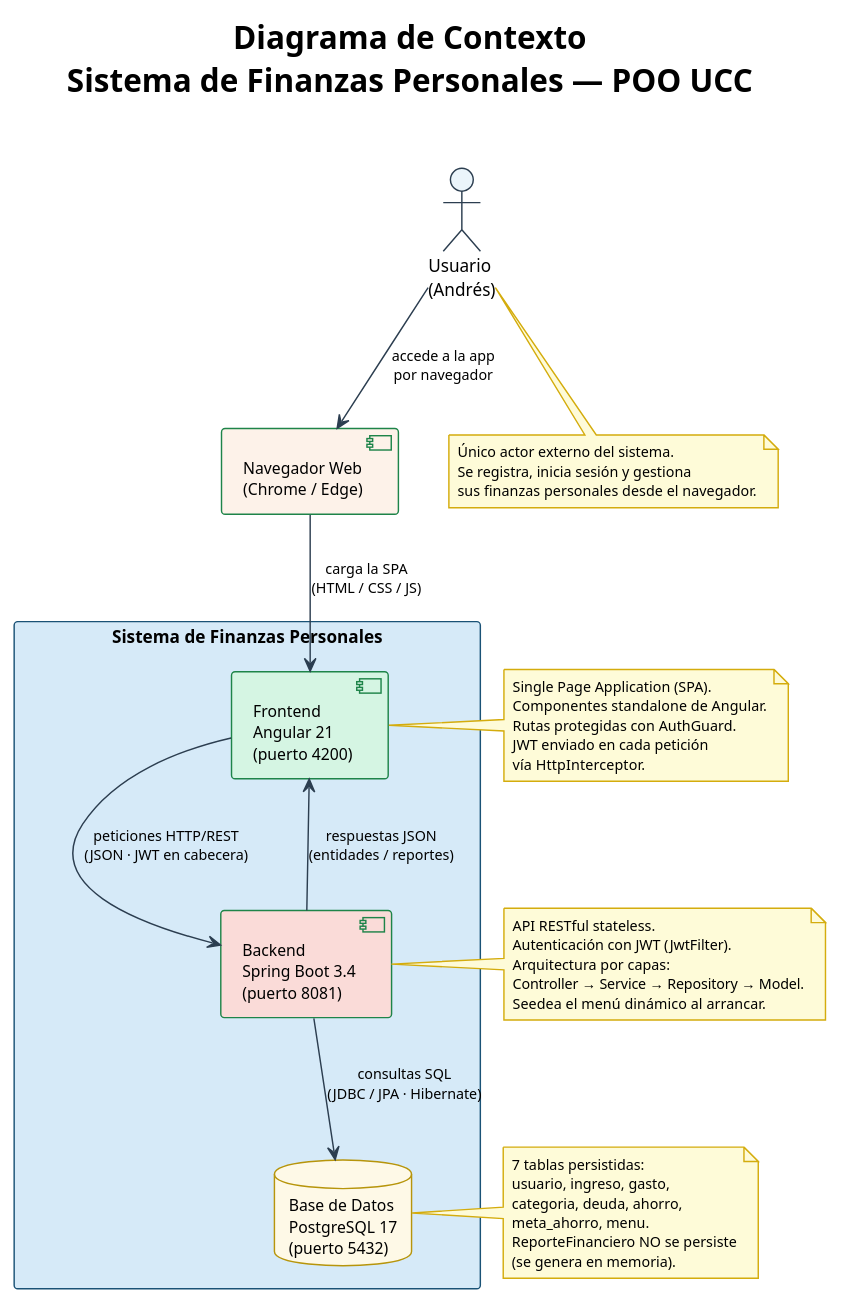
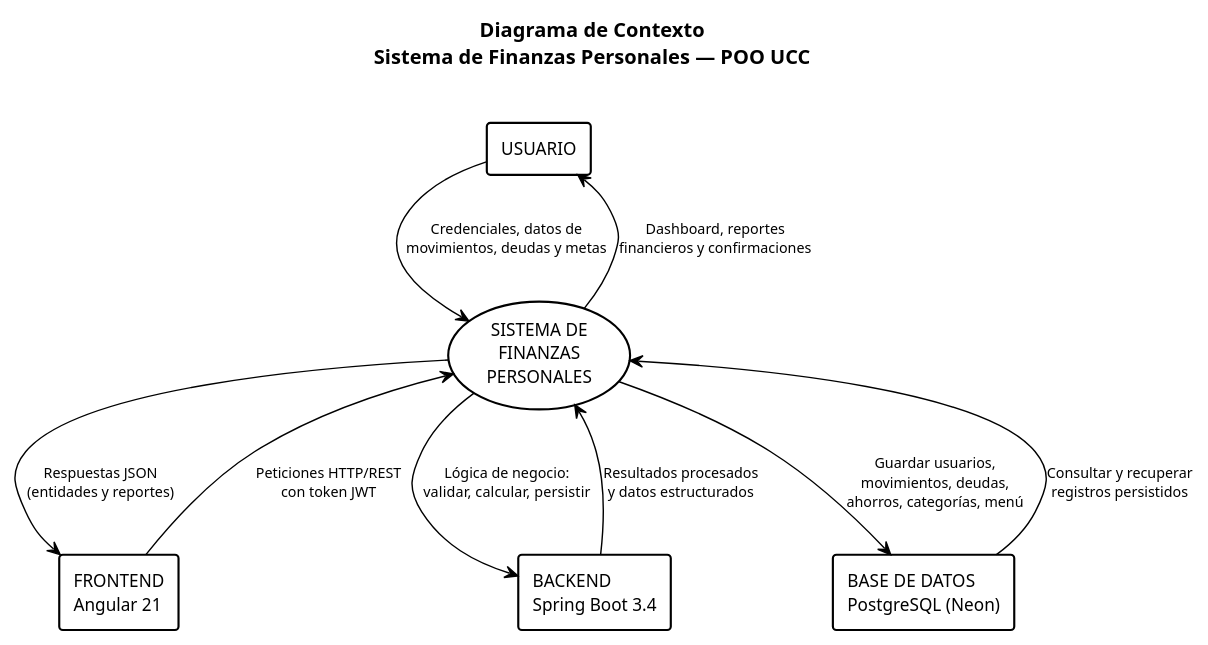
Before and after one commit to andresZam12/mis_finanzas: the diagram in diagrama_contexto.puml, drawn with PlantUML. The commit also changed 4 other files, not shown here.

First line of the commit message:
Actualizar diagramas UML con arquitectura de produccion

```diff
--- a/diagrama_contexto.puml
+++ b/diagrama_contexto.puml
@@ -1,113 +1,51 @@
 @startuml diagrama_contexto
-!theme plain
 
 skinparam backgroundColor #FFFFFF
 skinparam defaultFontName Arial
 skinparam defaultFontSize 12
 
 skinparam rectangle {
-    BackgroundColor #D6EAF8
-    BorderColor #1A5276
+    BackgroundColor #FFFFFF
+    BorderColor #000000
+    FontColor #000000
     FontSize 12
+    BorderThickness 1.5
 }
 
-skinparam actor {
-    BackgroundColor #FDFEFE
-    BorderColor #2C3E50
+skinparam usecase {
+    BackgroundColor #FFFFFF
+    BorderColor #000000
+    FontColor #000000
     FontSize 12
+    BorderThickness 1.5
 }
 
-skinparam database {
-    BackgroundColor #FEF9E7
-    BorderColor #B7950B
-    FontSize 11
-}
-
-skinparam component {
-    BackgroundColor #D5F5E3
-    BorderColor #1E8449
-    FontSize 11
-}
-
-skinparam arrow {
-    Color #2C3E50
-    FontSize 10
-}
-
-skinparam note {
-    BackgroundColor #FEFBD8
-    BorderColor #D4AC0D
-    FontSize 10
-}
+skinparam ArrowColor #000000
+skinparam ArrowFontSize 10
+skinparam ArrowFontColor #000000
 
 title <b>Diagrama de Contexto</b>\nSistema de Finanzas Personales — POO UCC\n
 
-' ======================================================
-'  ACTORES EXTERNOS
-' ======================================================
-actor "Usuario\n(Andrés)" as usuario #EBF5FB
+' ---- Entidades externas ----
+rectangle "USUARIO" as usuario
+rectangle "FRONTEND\nAngular 21" as frontend
+rectangle "BACKEND\nSpring Boot 3.4" as backend
+rectangle "BASE DE DATOS\nPostgreSQL (Neon)" as bd
 
-' ======================================================
-'  FRONTERA DEL SISTEMA
-' ======================================================
-rectangle "Sistema de Finanzas Personales" as sistema {
+' ---- Sistema central ----
+usecase "SISTEMA DE\nFINANZAS\nPERSONALES" as sistema
 
-    component "Frontend\nAngular 21\n(puerto 4200)" as frontend #D5F5E3
-    component "Backend\nSpring Boot 3.4\n(puerto 8081)" as backend #FADBD8
-    database  "Base de Datos\nPostgreSQL 17\n(puerto 5432)" as db #FEF9E7
-}
+' ---- Flujos de información ----
+usuario   -->  sistema : Credenciales, datos de\nmovimientos, deudas y metas
+sistema   -->  usuario : Dashboard, reportes\nfinancieros y confirmaciones
 
-' ======================================================
-'  SISTEMAS EXTERNOS
-' ======================================================
-component "Navegador Web\n(Chrome / Edge)" as navegador #FDF2E9
+frontend  -->  sistema : Peticiones HTTP/REST\ncon token JWT
+sistema   -->  frontend : Respuestas JSON\n(entidades y reportes)
 
-' ======================================================
-'  RELACIONES
-' ======================================================
+sistema   -->  backend : Lógica de negocio:\nvalidar, calcular, persistir
+backend   -->  sistema : Resultados procesados\ny datos estructurados
 
-usuario    -->  navegador   : accede a la app\npor navegador
-
-navegador  -->  frontend    : carga la SPA\n(HTML / CSS / JS)
-
-frontend   -->  backend     : peticiones HTTP/REST\n(JSON · JWT en cabecera)
-
-backend    -->  db          : consultas SQL\n(JDBC / JPA · Hibernate)
-
-backend    -->  frontend    : respuestas JSON\n(entidades / reportes)
-
-' ======================================================
-'  NOTAS
-' ======================================================
-note right of frontend
-  Single Page Application (SPA).
-  Componentes standalone de Angular.
-  Rutas protegidas con AuthGuard.
-  JWT enviado en cada petición
-  vía HttpInterceptor.
-end note
-
-note right of backend
-  API RESTful stateless.
-  Autenticación con JWT (JwtFilter).
-  Arquitectura por capas:
-  Controller → Service → Repository → Model.
-  Seedea el menú dinámico al arrancar.
-end note
-
-note right of db
-  7 tablas persistidas:
-  usuario, ingreso, gasto,
-  categoria, deuda, ahorro,
-  meta_ahorro, menu.
-  ReporteFinanciero NO se persiste
-  (se genera en memoria).
-end note
-
-note bottom of usuario
-  Único actor externo del sistema.
-  Se registra, inicia sesión y gestiona
-  sus finanzas personales desde el navegador.
-end note
+sistema   -->  bd : Guardar usuarios,\nmovimientos, deudas,\nahorros, categorías, menú
+bd        -->  sistema : Consultar y recuperar\nregistros persistidos
 
 @enduml
```
